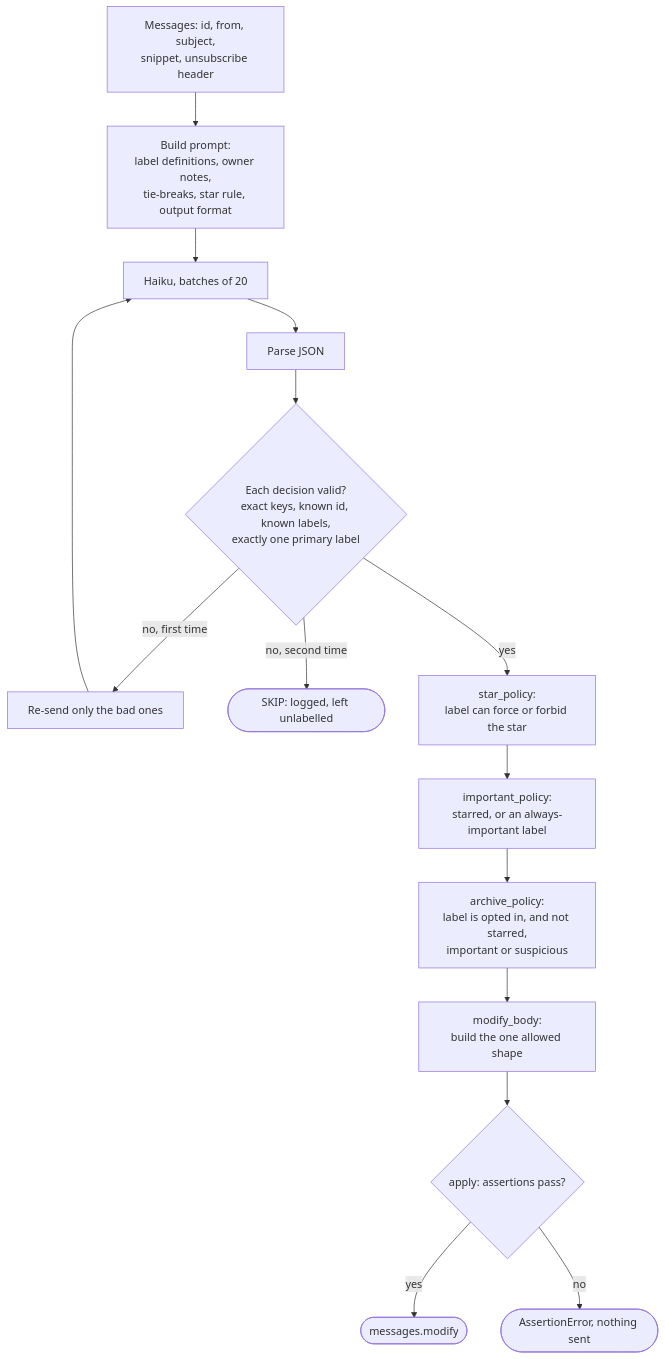
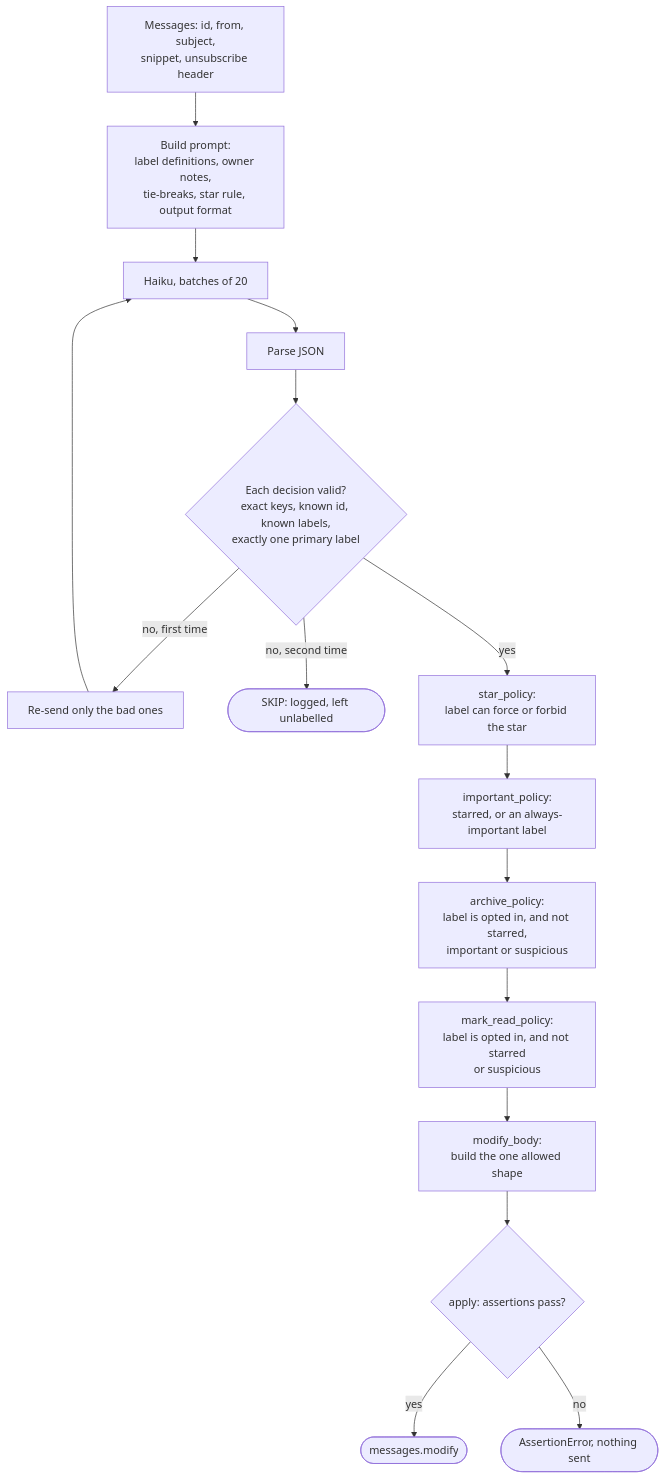
Before and after one commit to duplonicus/gmail-triage: the third of 3 diagrams in ARCHITECTURE.md, drawn with Mermaid. The commit also changed other lines of this file and 8 other files, not shown here.

First line of the commit message:
Mark read: opt-in daemon.mark_read_labels, never for starred or suspicious mail

````diff
--- a/ARCHITECTURE.md
+++ b/ARCHITECTURE.md
@@ -136,17 +136,18 @@
 ```mermaid
 flowchart TD
     items[Messages: id, from, subject,<br/>snippet, unsubscribe header] --> prompt[Build prompt:<br/>label definitions, owner notes,<br/>tie-breaks, star rule, output format]
     prompt --> model[Haiku, batches of 20]
     model --> parse[Parse JSON]
     parse --> valid{Each decision valid?<br/>exact keys, known id, known labels,<br/>exactly one primary label}
     valid -- "no, first time" --> again[Re-send only the bad ones]
     again --> model
     valid -- "no, second time" --> skip([SKIP: logged, left unlabelled])
     valid -- yes --> star[star_policy:<br/>label can force or forbid the star]
     star --> imp[important_policy:<br/>starred, or an always-important label]
     imp --> arch[archive_policy:<br/>label is opted in, and not starred,<br/>important or suspicious]
-    arch --> body[modify_body:<br/>build the one allowed shape]
+    arch --> read[mark_read_policy:<br/>label is opted in, and not starred<br/>or suspicious]
+    read --> body[modify_body:<br/>build the one allowed shape]
     body --> guard{apply: assertions pass?}
     guard -- yes --> gm([messages.modify])
     guard -- no --> crash([AssertionError, nothing sent])
 ```
````
